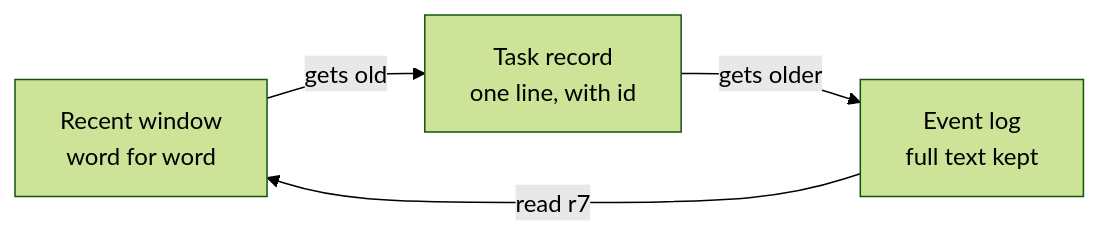
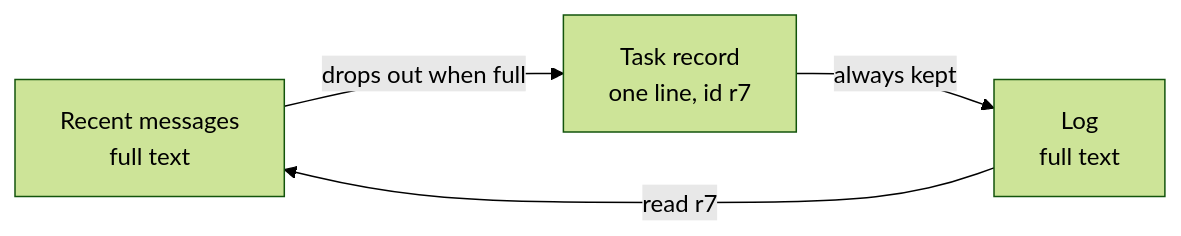
The seventh of 8 diagrams in COEUS.md (JaredTate/nerdgenie), drawn with Mermaid (forest theme) before and after one commit. The commit also changed other lines of this file and 1 other file, not shown here.

````diff
--- a/COEUS.md
+++ b/COEUS.md
@@ -274,6 +226,6 @@
 ```mermaid
 flowchart LR
-  A["Recent window<br/>word for word"] -->|"gets old"| B["Task record<br/>one line, with id"]
-  B -->|"gets older"| C["Event log<br/>full text kept"]
+  A["Recent messages<br/>full text"] -->|"drops out when full"| B["Task record<br/>one line, id r7"]
+  B -->|"always kept"| C["Log<br/>full text"]
   C -->|"read r7"| A
 ```
````
